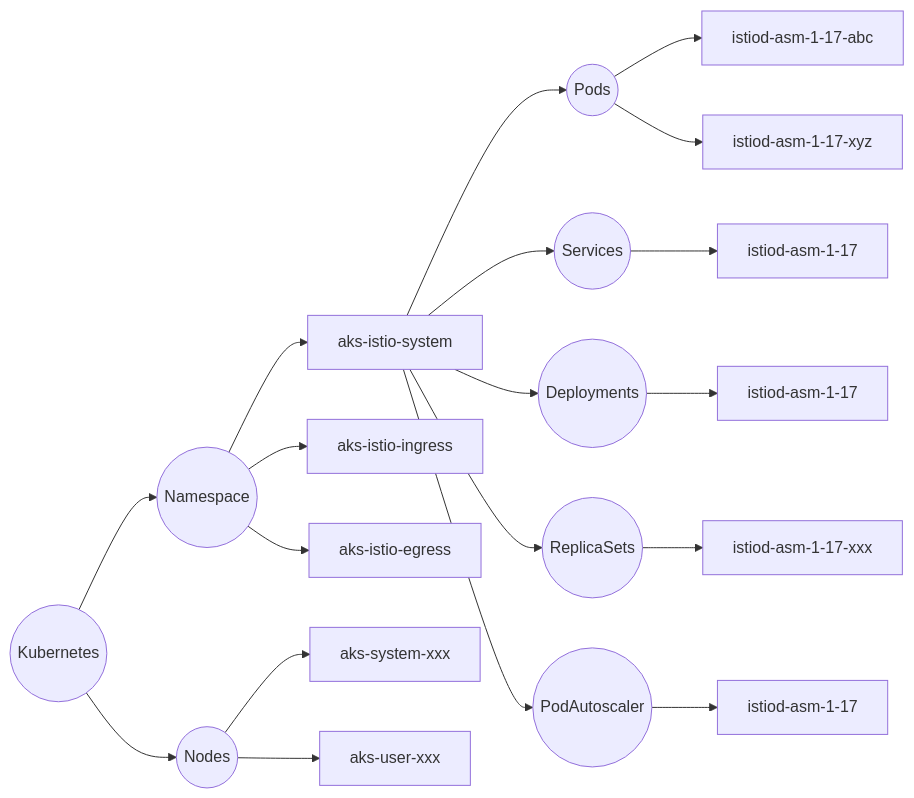
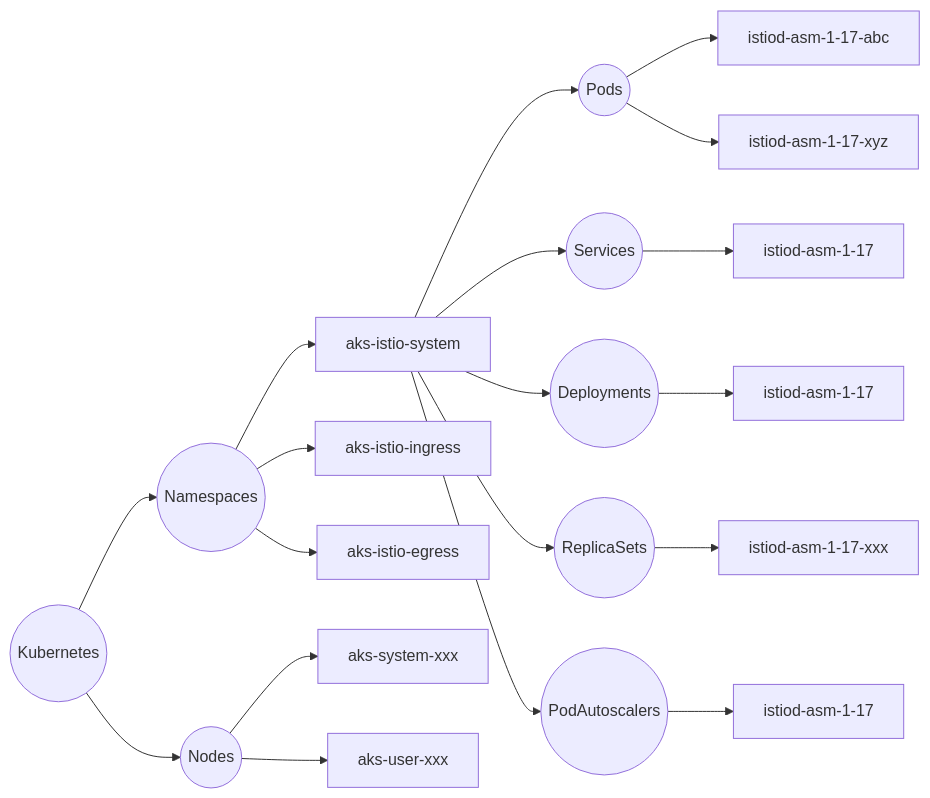
The second of 2 diagrams in README.md (ljtill/bicep-istio), drawn with Mermaid before and after one commit.

Commit message:
docs: update architecture diagrams (#12)

````diff
--- a/README.md
+++ b/README.md
@@ -39,28 +39,28 @@
 ```mermaid
 flowchart LR
   kube((Kubernetes)) -->
-    ns((Namespace)) --> aks-istio-system
+    ns((Namespaces)) --> aks-istio-system
 
       aks-istio-system -->
         pods((Pods)) --> istiod-asm-1-17-abc
         pods((Pods)) --> istiod-asm-1-17-xyz
 
       aks-istio-system -->
         svcs((Services)) --> service[istiod-asm-1-17]
 
       aks-istio-system -->
         deploy((Deployments)) --> deployment[istiod-asm-1-17]
 
       aks-istio-system -->
         rs((ReplicaSets)) --> replicaset[istiod-asm-1-17-xxx]
 
       aks-istio-system -->
-        as((PodAutoscaler)) --> autoscaler[istiod-asm-1-17]
+        as((PodAutoscalers)) --> autoscaler[istiod-asm-1-17]
 
-    ns((Namespace)) --> aks-istio-ingress
-    ns((Namespace)) --> aks-istio-egress
+    ns((Namespaces)) --> aks-istio-ingress
+    ns((Namespaces)) --> aks-istio-egress
 
   kube((Kubernetes)) -->
     node((Nodes)) --> aks-system-xxx
     node((Nodes)) --> aks-user-xxx
 ```
````
